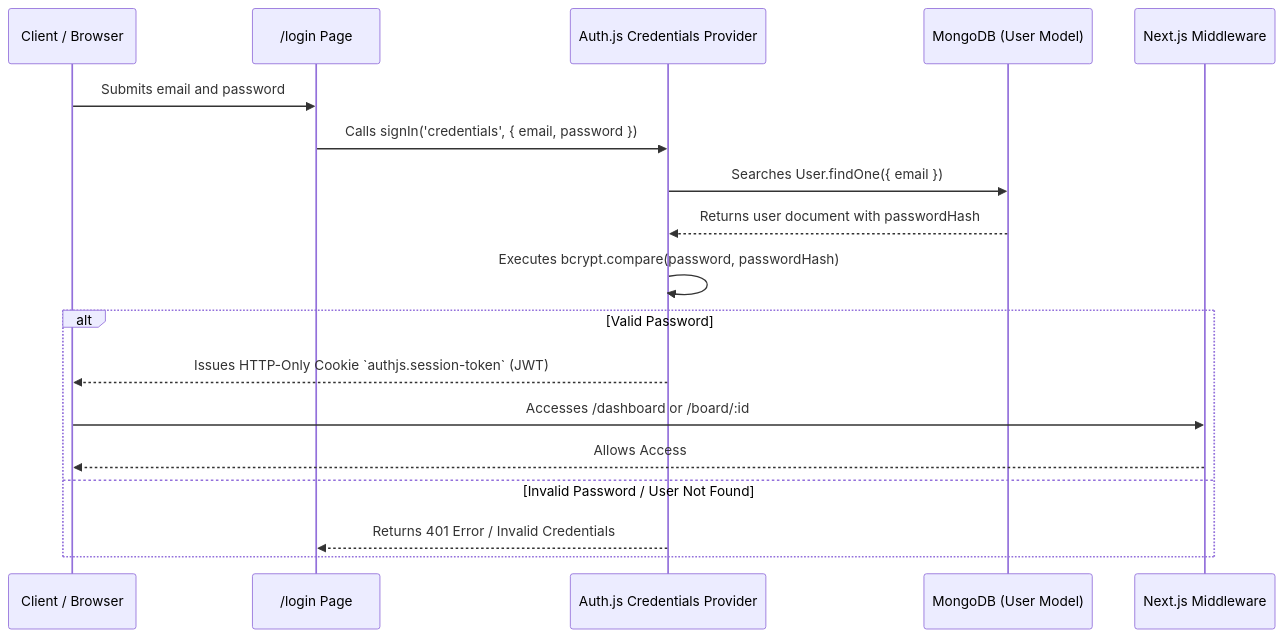
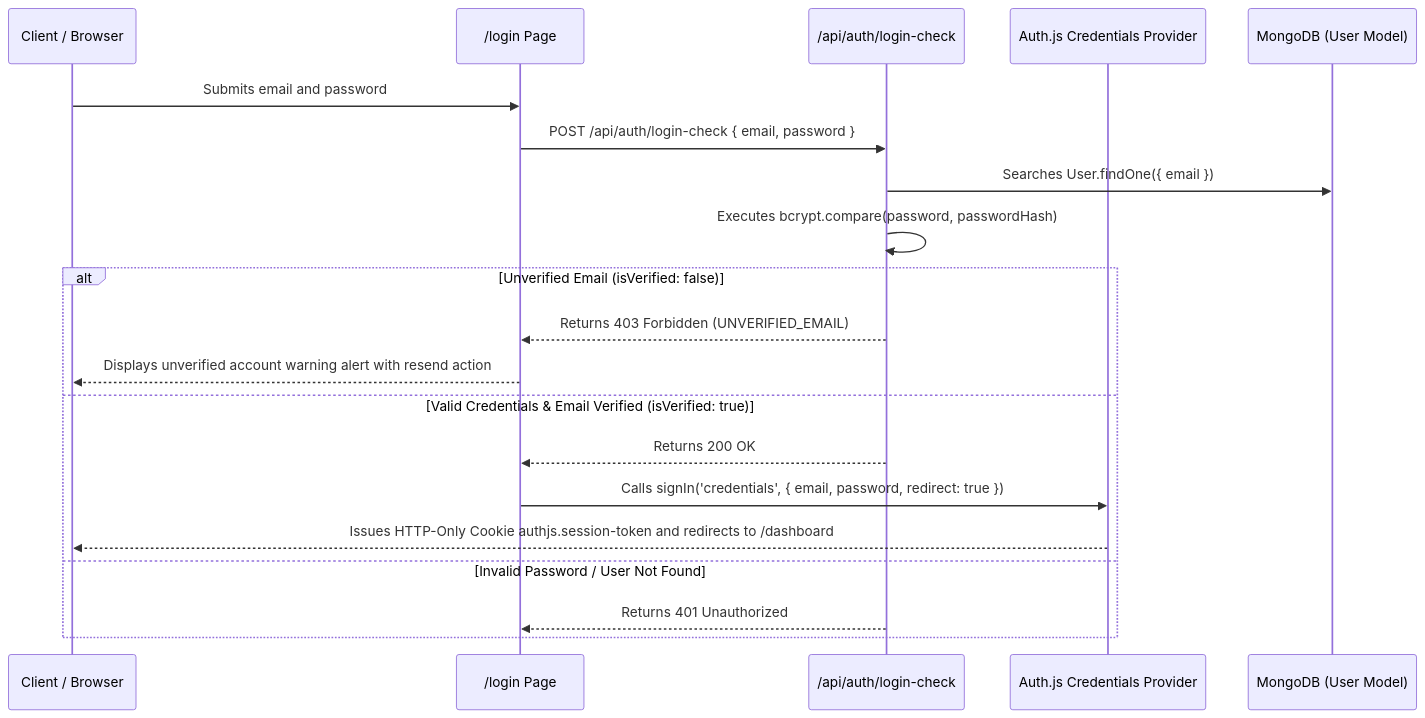
The diagram in docs/AUTHENTICATION.md (danilodlisboa/trilho), drawn with Mermaid before and after one commit. The commit also changed other lines of this file and 8 other files, not shown here.

````diff
--- a/docs/AUTHENTICATION.md
+++ b/docs/AUTHENTICATION.md
@@ -18,22 +20,24 @@
 ```mermaid
 sequenceDiagram
     participant User as Client / Browser
     participant Page as /login Page
+    participant Check as /api/auth/login-check
     participant Auth as Auth.js Credentials Provider
     participant DB as MongoDB (User Model)
-    participant MW as Next.js Middleware
 
     User->>Page: Submits email and password
-    Page->>Auth: Calls signIn('credentials', { email, password })
-    Auth->>DB: Searches User.findOne({ email })
-    DB-->>Auth: Returns user document with passwordHash
-    Auth->>Auth: Executes bcrypt.compare(password, passwordHash)
+    Page->>Check: POST /api/auth/login-check { email, password }
+    Check->>DB: Searches User.findOne({ email })
+    Check->>Check: Executes bcrypt.compare(password, passwordHash)
     
-    alt Valid Password
-        Auth-->>User: Issues HTTP-Only Cookie `authjs.session-token` (JWT)
-        User->>MW: Accesses /dashboard or /board/:id
-        MW-->>User: Allows Access
+    alt Unverified Email (isVerified: false)
+        Check-->>Page: Returns 403 Forbidden (UNVERIFIED_EMAIL)
+        Page-->>User: Displays unverified account warning alert with resend action
+    else Valid Credentials & Email Verified (isVerified: true)
+        Check-->>Page: Returns 200 OK
+        Page->>Auth: Calls signIn('credentials', { email, password, redirect: true })
+        Auth-->>User: Issues HTTP-Only Cookie authjs.session-token and redirects to /dashboard
     else Invalid Password / User Not Found
-        Auth-->>Page: Returns 401 Error / Invalid Credentials
+        Check-->>Page: Returns 401 Unauthorized
     end
 ```
````
